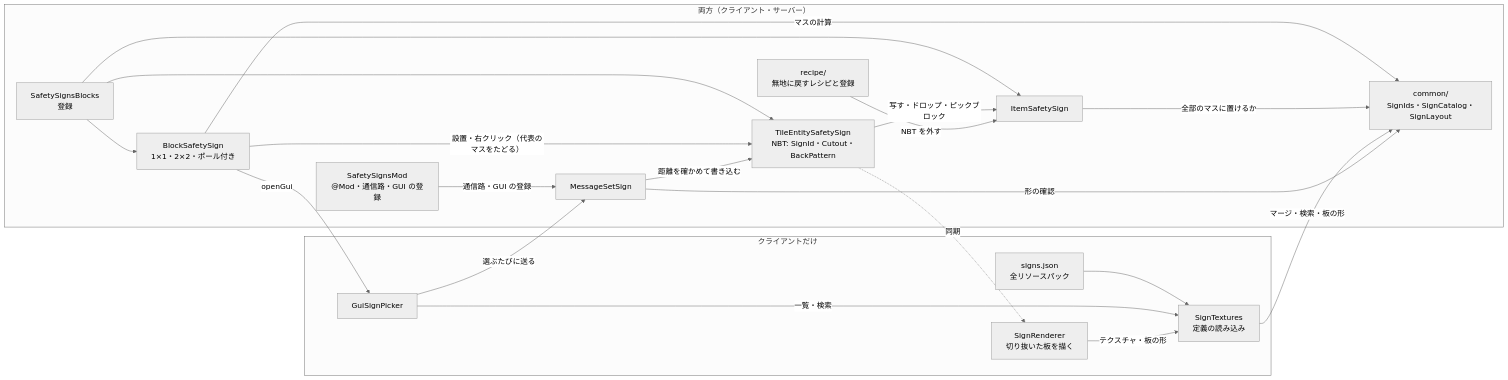
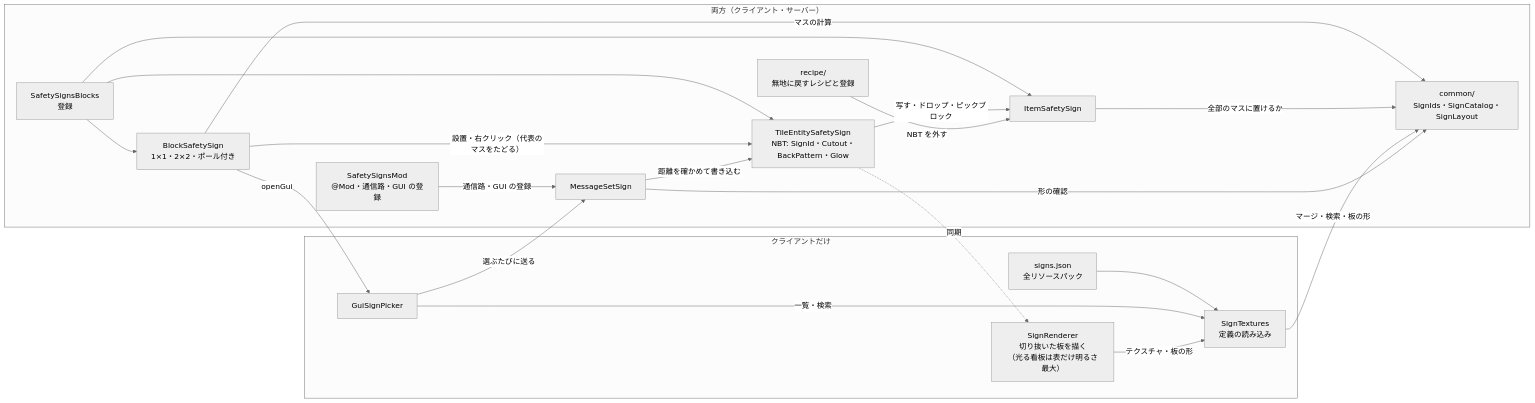
The first of 2 diagrams in doc/architecture.md (zeusisgood/safetysigns), drawn with Mermaid (neutral theme) before and after one commit. The commit also changed other lines of this file and 21 other files, not shown here.

First line of the commit message:
Add a per-sign night glow option to the pattern picker

````diff
--- a/doc/architecture.md
+++ b/doc/architecture.md
@@ -32,37 +32,37 @@
 ```mermaid
 flowchart LR
     subgraph Both["両方（クライアント・サーバー）"]
         Mod["SafetySignsMod<br/>@Mod・通信路・GUI の登録"]
         Reg["SafetySignsBlocks<br/>登録"]
         Block["BlockSafetySign<br/>1×1・2×2・ポール付き"]
         Item["ItemSafetySign"]
-        TE["TileEntitySafetySign<br/>NBT: SignId・Cutout・BackPattern"]
+        TE["TileEntitySafetySign<br/>NBT: SignId・Cutout・BackPattern・Glow"]
         Msg["MessageSetSign"]
         Common["common/<br/>SignIds・SignCatalog・SignLayout"]
         Recipe["recipe/<br/>無地に戻すレシピと登録"]
     end
     subgraph Client["クライアントだけ"]
         Tex["SignTextures<br/>定義の読み込み"]
         Json["signs.json<br/>全リソースパック"]
-        Render["SignRenderer<br/>切り抜いた板を描く"]
+        Render["SignRenderer<br/>切り抜いた板を描く<br/>（光る看板は表だけ明るさ最大）"]
         Gui["GuiSignPicker"]
     end
     Mod -- 通信路・GUI の登録 --> Msg
     Reg --> Block
     Reg --> Item
     Reg --> TE
     Block -->|"設置・右クリック（代表のマスをたどる）"| TE
     Block -- マスの計算 --> Common
     Item -- 全部のマスに置けるか --> Common
     TE -- 写す・ドロップ・ピックブロック --> Item
     Recipe -- NBT を外す --> Item
     Block -- openGui --> Gui
     Json --> Tex
     Tex -- マージ・検索・板の形 --> Common
     Gui -- 一覧・検索 --> Tex
     Gui -- 選ぶたびに送る --> Msg
     Msg -- 形の確認 --> Common
     Msg -- 距離を確かめて書き込む --> TE
     TE -. 同期 .-> Render
     Render -- テクスチャ・板の形 --> Tex
 ```
````
